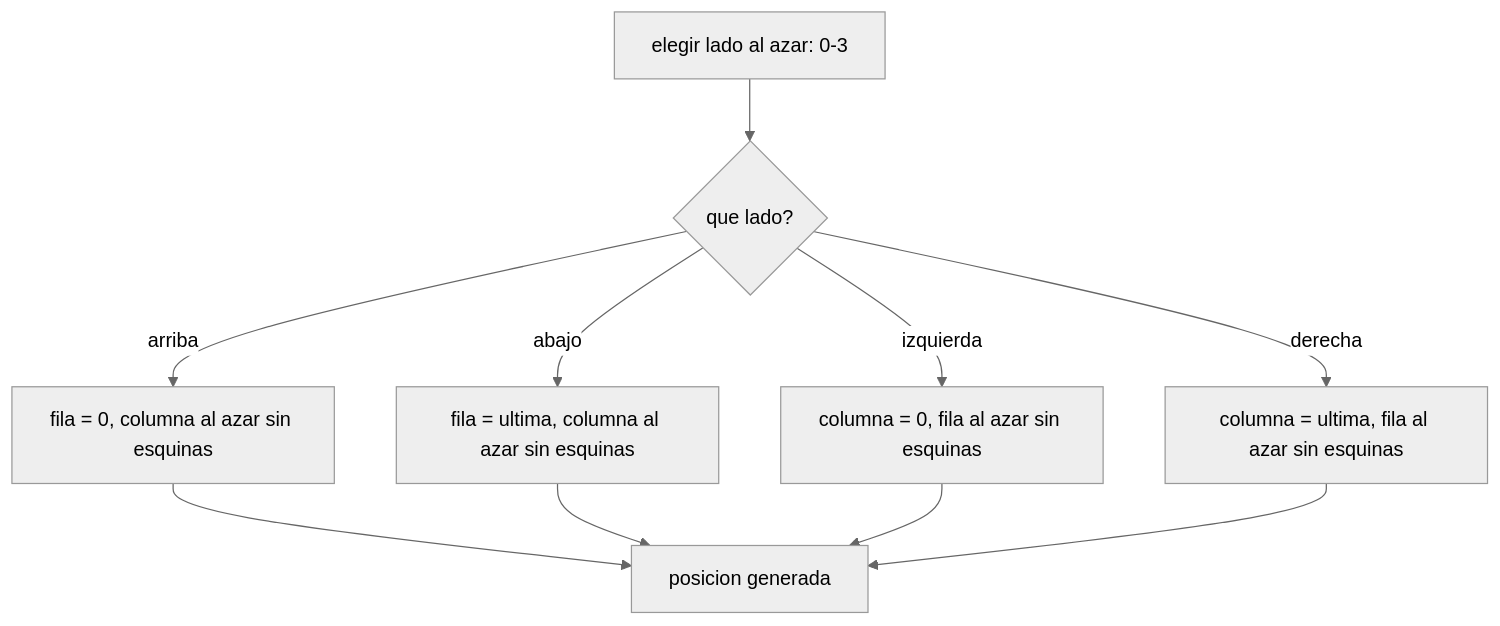
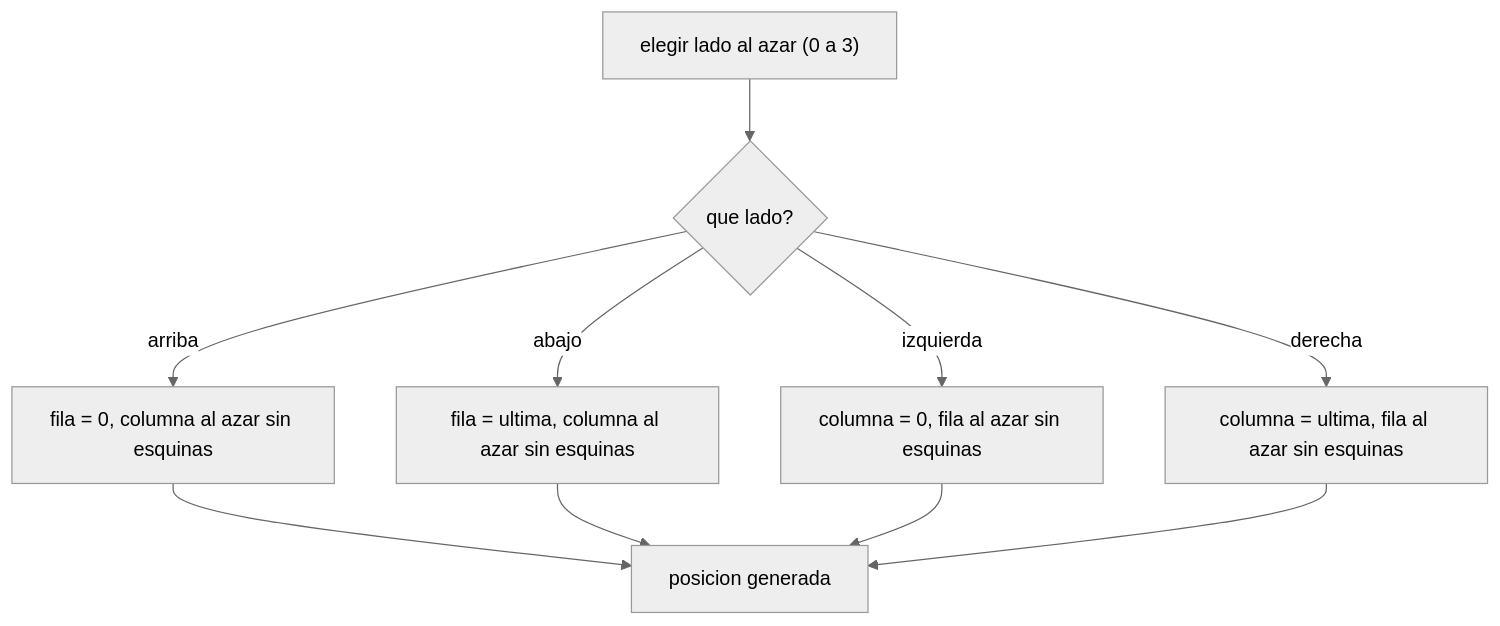
The diagram in GuiaParaConstruirProgramas/Practica1/03_generacion_aleatoria/README.md (edpodev/IPC1-2S-2026), drawn with Mermaid (neutral theme) before and after one commit. The commit also changed 16 other files, not shown here.

````diff
--- a/GuiaParaConstruirProgramas/Practica1/03_generacion_aleatoria/README.md
+++ b/GuiaParaConstruirProgramas/Practica1/03_generacion_aleatoria/README.md
@@ -13,12 +13,12 @@
 ```mermaid
 flowchart TD
-    A[elegir lado al azar: 0-3] --> B{que lado?}
-    B -->|arriba| C[fila = 0, columna al azar sin esquinas]
-    B -->|abajo| D[fila = ultima, columna al azar sin esquinas]
-    B -->|izquierda| E[columna = 0, fila al azar sin esquinas]
-    B -->|derecha| F[columna = ultima, fila al azar sin esquinas]
-    C --> G[posicion generada]
+    A["elegir lado al azar (0 a 3)"] --> B{"que lado?"}
+    B -->|"arriba"| C["fila = 0, columna al azar sin esquinas"]
+    B -->|"abajo"| D["fila = ultima, columna al azar sin esquinas"]
+    B -->|"izquierda"| E["columna = 0, fila al azar sin esquinas"]
+    B -->|"derecha"| F["columna = ultima, fila al azar sin esquinas"]
+    C --> G["posicion generada"]
     D --> G
     E --> G
     F --> G
 ```
````
